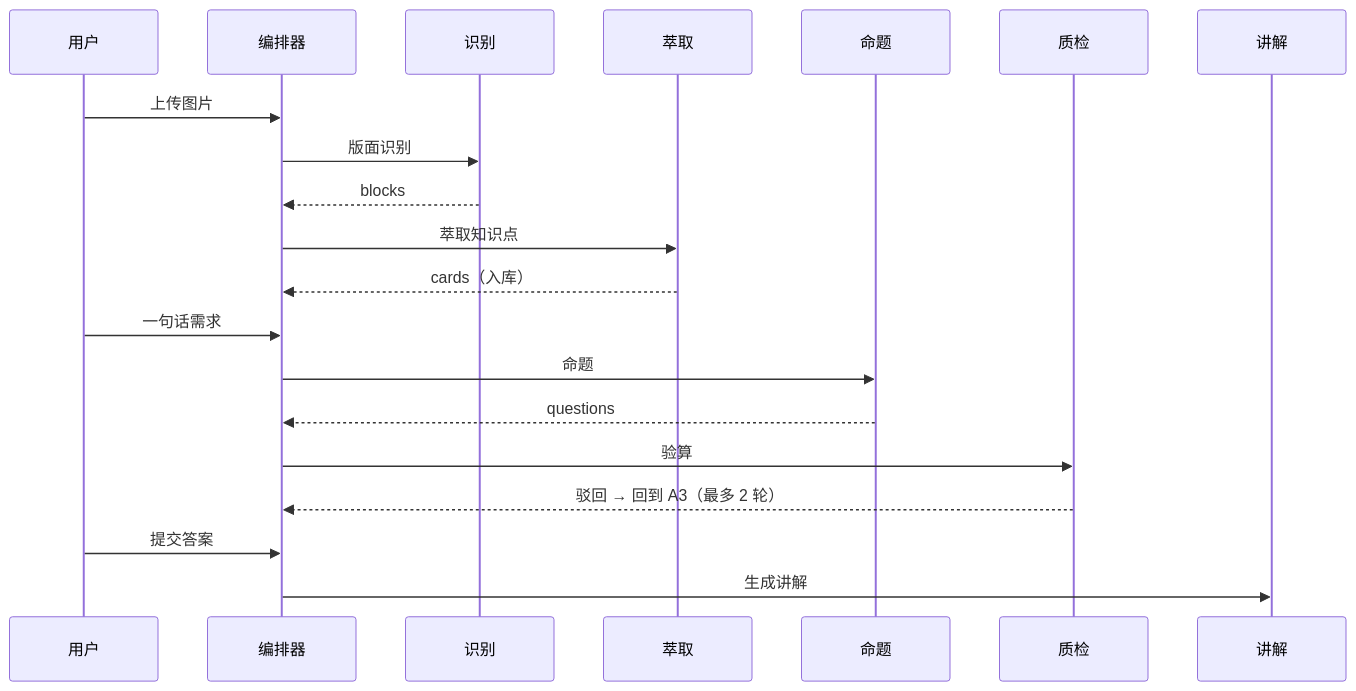
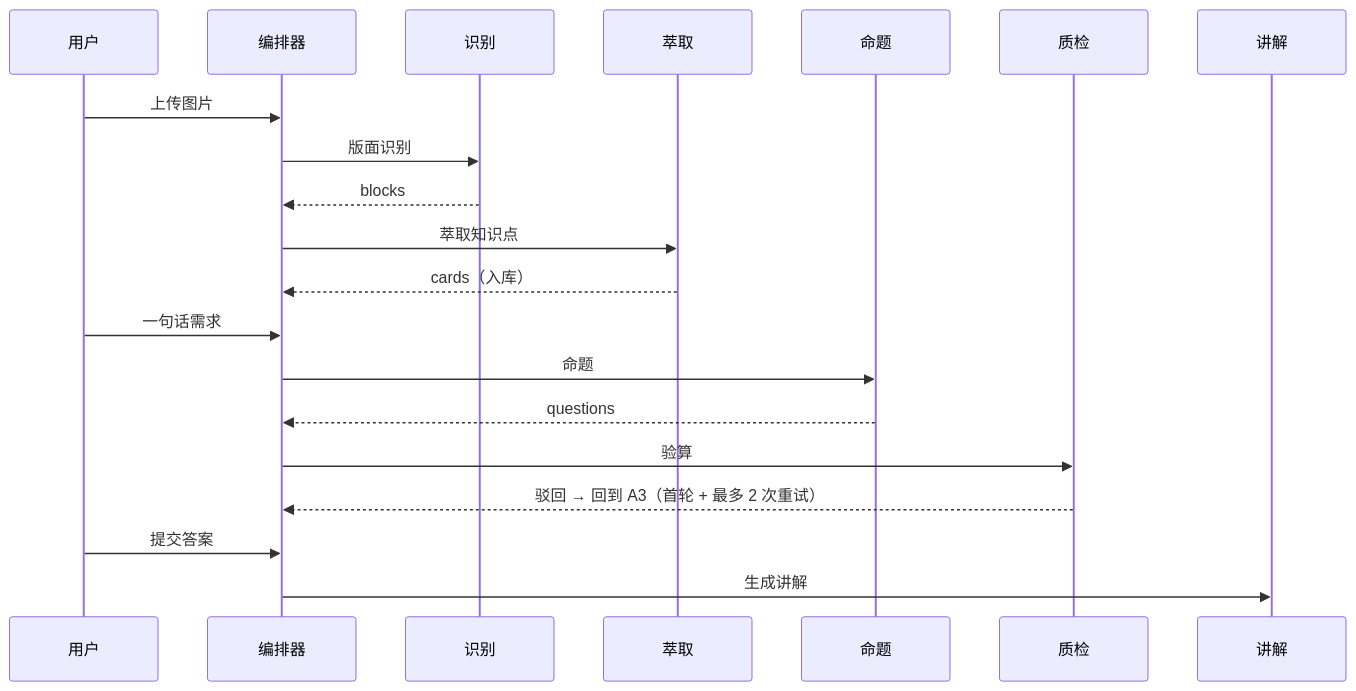
Before and after one commit to Td12138/yizhi-chengke: the diagram in README.md, drawn with Mermaid. The commit also changed other lines of this file and 28 other files, not shown here.

First line of the commit message:
feat(server): 原图归档、PDF/DOCX 输入与判分修复

````diff
--- a/README.md
+++ b/README.md
@@ -95,22 +122,22 @@
 ```mermaid
 sequenceDiagram
     participant U as 用户
     participant O as 编排器
     participant A1 as 识别
     participant A2 as 萃取
     participant A3 as 命题
     participant A4 as 质检
     participant A5 as 讲解
     U->>O: 上传图片
     O->>A1: 版面识别
     A1-->>O: blocks
     O->>A2: 萃取知识点
     A2-->>O: cards（入库）
     U->>O: 一句话需求
     O->>A3: 命题
     A3-->>O: questions
     O->>A4: 验算
-    A4-->>O: 驳回 → 回到 A3（最多 2 轮）
+    A4-->>O: 驳回 → 回到 A3（首轮 + 最多 2 次重试）
     U->>O: 提交答案
     O->>A5: 生成讲解
 ```
````
